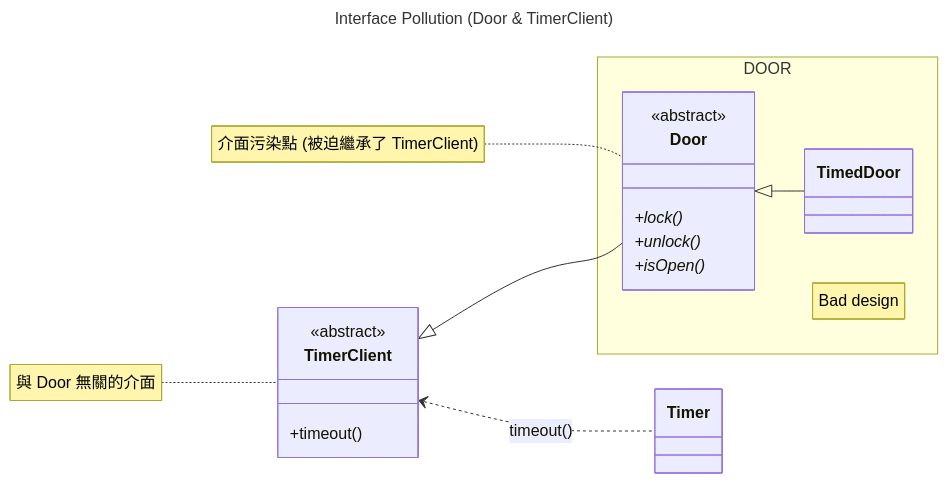
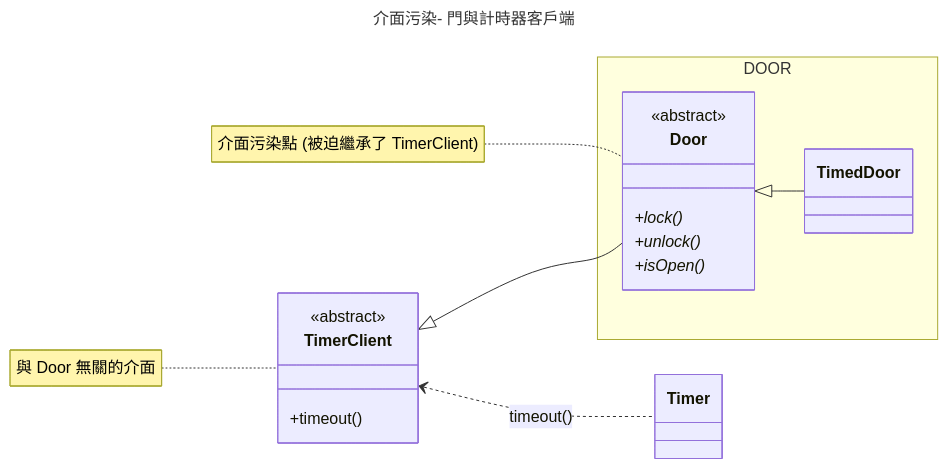
One commit to nlhsueh/teach_sw_fw changed the ninth of 17 diagrams in Part3_Principle/ch08_oo.md. Above: the diagram before and after it, drawn with Mermaid. The commit also changed other lines of this file and 1 other file, not shown here.

Commit message:
style: translate diagram titles and notes to Chinese in ch07 and ch08

````diff
--- a/Part3_Principle/ch08_oo.md
+++ b/Part3_Principle/ch08_oo.md
@@ -527,27 +527,26 @@
 ```mermaid
 ---
-title: Interface Pollution (Door & TimerClient)
+title: 介面污染- 門與計時器客戶端
 ---
 classDiagram
     direction LR
     namespace DOOR {
-    note "Bad design"    
     class Door {
         <<abstract>>
         +lock()* 
         +unlock()* 
         +isOpen()* 
     }
     class TimedDoor
     }
     class TimerClient {
         <<abstract>>
         +timeout()
     }
     Door <|-- TimedDoor
     TimerClient <|-- Door
     TimerClient <.. Timer: timeout()
 
     note for Door "介面污染點 (被迫繼承了 TimerClient)"
     note for TimerClient "與 Door 無關的介面"
 ```
````
